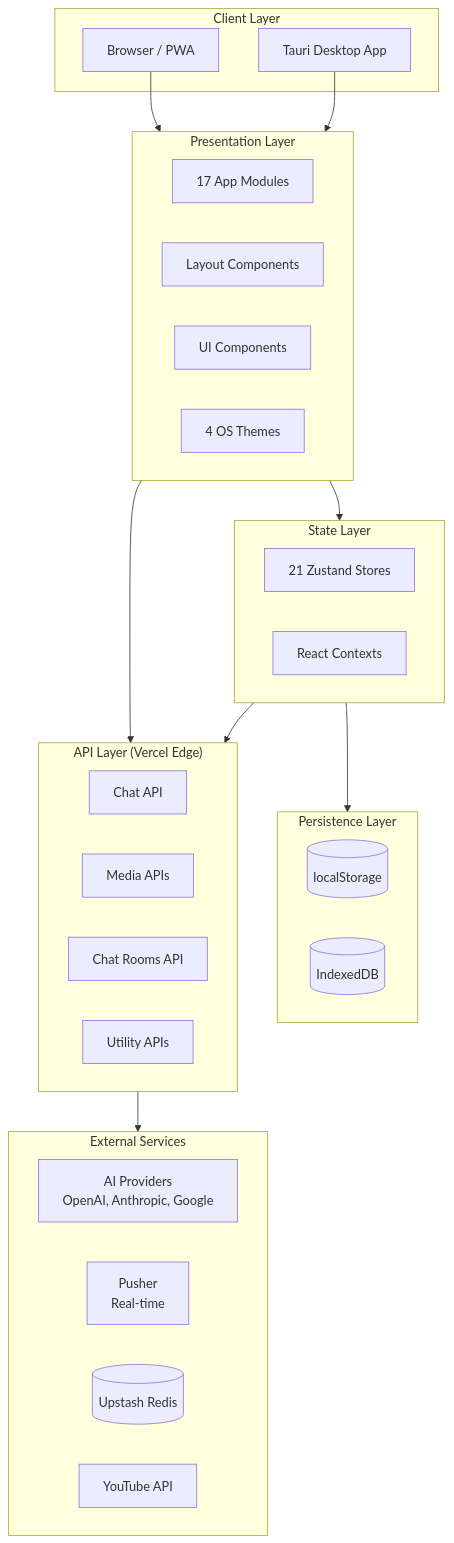
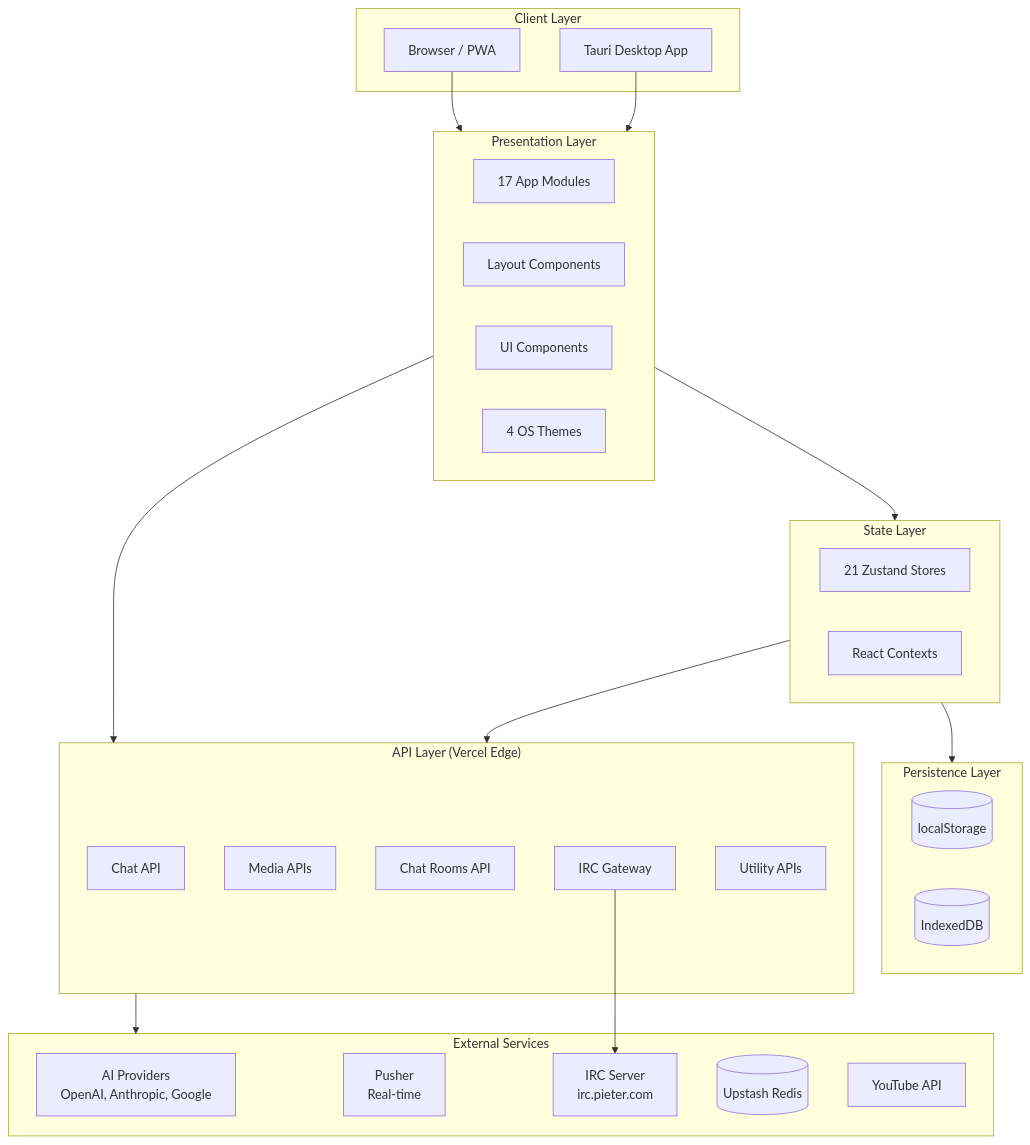
Before and after one commit to ryokun6/ryos: the first of 6 diagrams in docs/1.1-architecture.md, drawn with Mermaid.

Commit message:
Add IRC gateway to architecture diagram

````diff
--- a/docs/1.1-architecture.md
+++ b/docs/1.1-architecture.md
@@ -7,46 +7,49 @@
 ```mermaid
 graph TB
     subgraph Client["Client Layer"]
         Browser[Browser / PWA]
         Desktop[Tauri Desktop App]
     end
     
     subgraph Presentation["Presentation Layer"]
         Apps[17 App Modules]
         Layout[Layout Components]
         UI[UI Components]
         Themes[4 OS Themes]
     end
     
     subgraph State["State Layer"]
         Zustand[21 Zustand Stores]
         Contexts[React Contexts]
     end
     
     subgraph Persistence["Persistence Layer"]
         LocalStorage[(localStorage)]
         IndexedDB[(IndexedDB)]
     end
     
     subgraph API["API Layer (Vercel Edge)"]
         Chat[Chat API]
         Media[Media APIs]
         Rooms[Chat Rooms API]
+        IRC[IRC Gateway]
         Utility[Utility APIs]
     end
     
     subgraph External["External Services"]
         AI[AI Providers<br/>OpenAI, Anthropic, Google]
         Pusher[Pusher<br/>Real-time]
+        IRCServer[IRC Server<br/>irc.pieter.com]
         Redis[(Upstash Redis)]
         YouTube[YouTube API]
     end
     
     Browser --> Presentation
     Desktop --> Presentation
     Presentation --> State
     State --> Persistence
     Presentation --> API
     API --> External
     State --> API
+    IRC --> IRCServer
 ```
````
